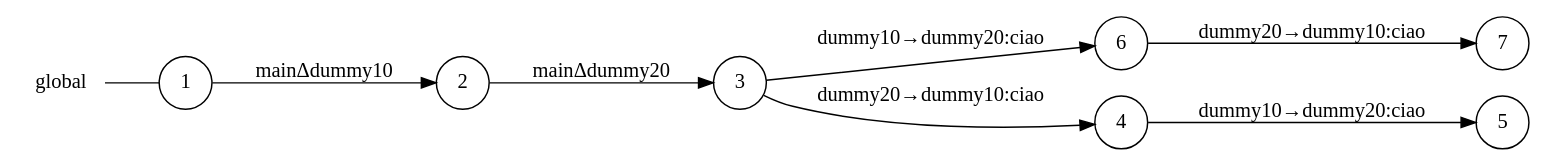
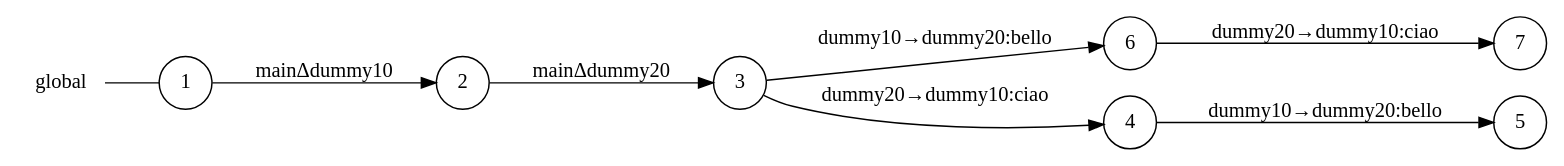
The diagram in examples/async/main_global_view.dot (gabrielegenovese/chorer), drawn with Graphviz before and after one commit. The commit also changed 12 other files, not shown here.

```diff
--- a/examples/async/main_global_view.dot
+++ b/examples/async/main_global_view.dot
@@ -1,19 +1,19 @@
 digraph global {
 	rankdir="LR";
 	n_0 [label="global", shape="plaintext"];
 	n_1 [id="5", shape=circle, label="5"];
 	n_2 [id="6", shape=circle, label="6"];
 	n_3 [id="1", shape=circle, label="1"];
 	n_0 -> n_3 [arrowhead=none];
 	n_4 [id="2", shape=circle, label="2"];
 	n_5 [id="4", shape=circle, label="4"];
 	n_6 [id="7", shape=circle, label="7"];
 	n_7 [id="3", shape=circle, label="3"];
 
 	n_4 -> n_7 [id="[$e|1]", label="mainΔdummy20"];
-	n_5 -> n_1 [id="[$e|3]", label="dummy10→dummy20:ciao"];
+	n_5 -> n_1 [id="[$e|3]", label="dummy10→dummy20:bello"];
 	n_2 -> n_6 [id="[$e|5]", label="dummy20→dummy10:ciao"];
 	n_3 -> n_4 [id="[$e|0]", label="mainΔdummy10"];
-	n_7 -> n_2 [id="[$e|4]", label="dummy10→dummy20:ciao"];
+	n_7 -> n_2 [id="[$e|4]", label="dummy10→dummy20:bello"];
 	n_7 -> n_5 [id="[$e|2]", label="dummy20→dummy10:ciao"];
 }
```
